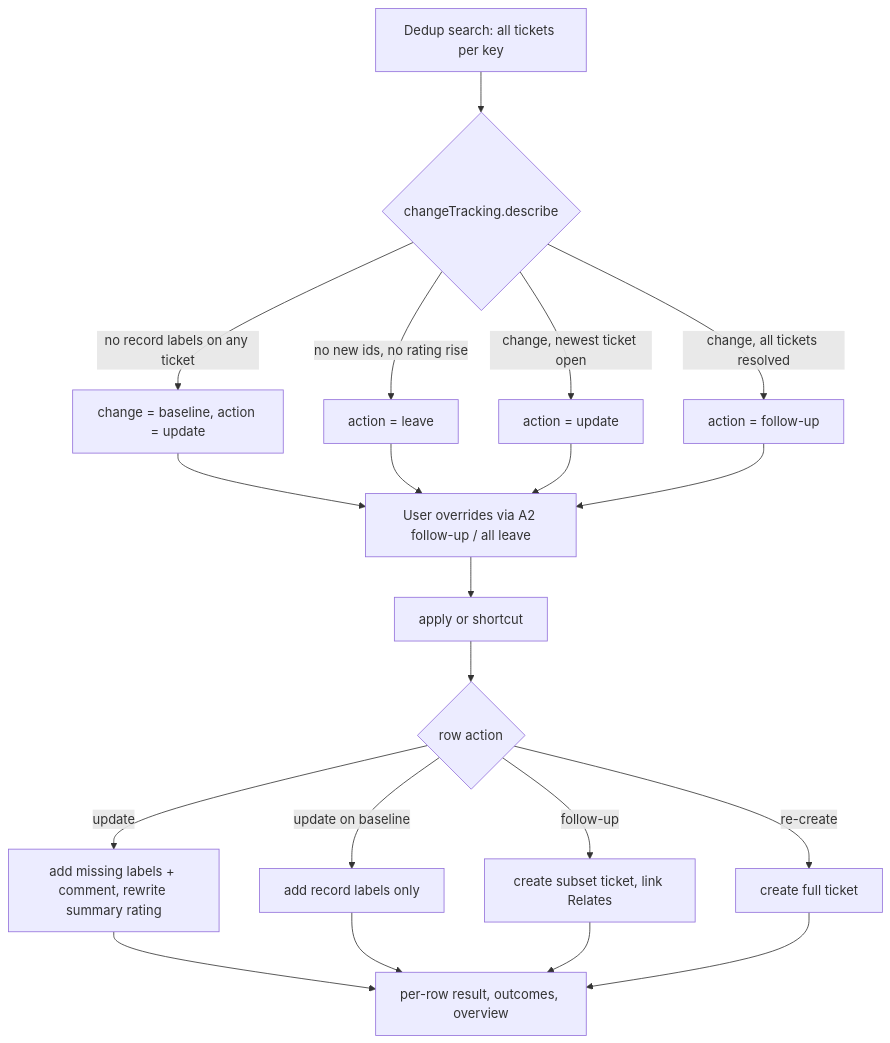
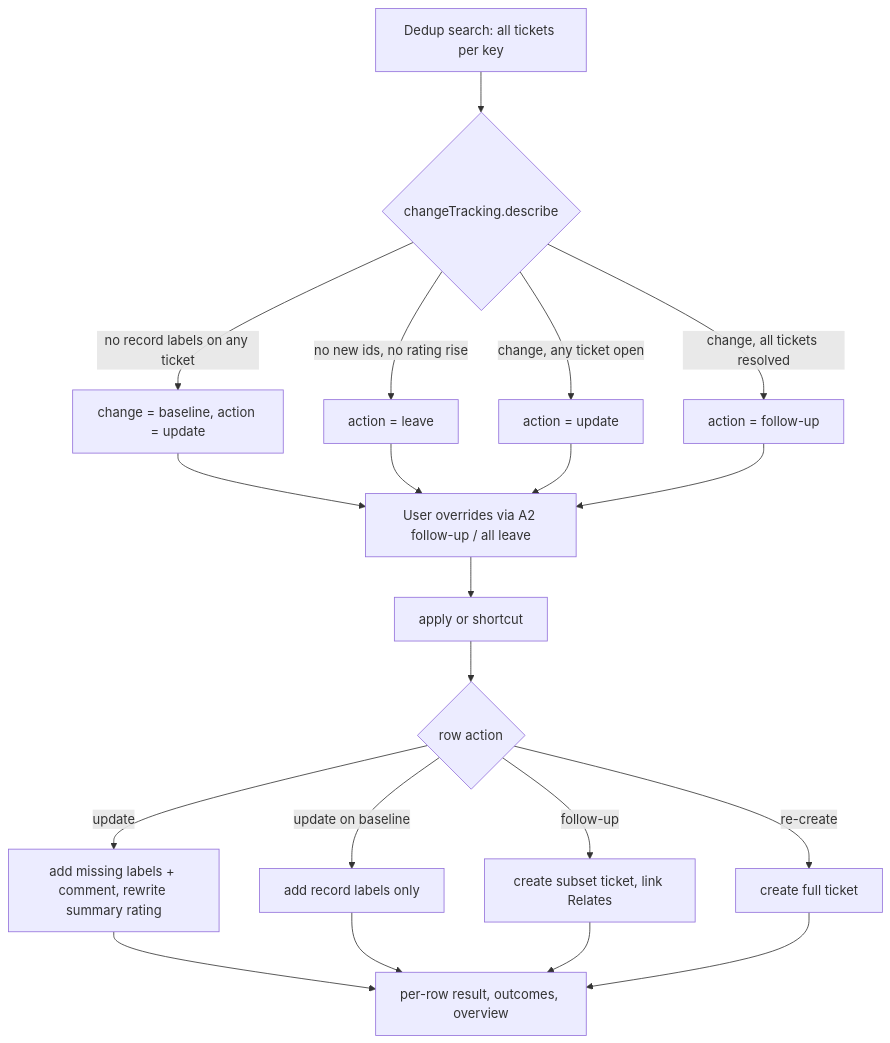
The diagram in docs/plans/2026-09-30-0902-feat-import-ticket-updates-parity-plan.md (rbreunung/ticket-sidekick), drawn with Mermaid before and after one commit. The commit also changed other lines of this file, not shown here.

First line of the commit message:
docs: apply document-review fixes to import ticket updates plan

````diff
--- a/docs/plans/2026-09-30-0902-feat-import-ticket-updates-parity-plan.md
+++ b/docs/plans/2026-09-30-0902-feat-import-ticket-updates-parity-plan.md
@@ -147,16 +147,16 @@
 ```mermaid
 flowchart TB
   S[Dedup search: all tickets per key] --> C{changeTracking.describe}
   C -->|no record labels on any ticket| B[change = baseline, action = update]
   C -->|no new ids, no rating rise| L[action = leave]
-  C -->|change, newest ticket open| U[action = update]
+  C -->|change, any ticket open| U[action = update]
   C -->|change, all tickets resolved| F[action = follow-up]
   B & L & U & F --> O[User overrides via A2 follow-up / all leave]
   O --> A[apply or shortcut]
   A --> X{row action}
   X -->|update| XU[add missing labels + comment, rewrite summary rating]
   X -->|update on baseline| XB[add record labels only]
   X -->|follow-up| XF[create subset ticket, link Relates]
   X -->|re-create| XR[create full ticket]
   XU & XB & XF & XR --> R[per-row result, outcomes, overview]
 ```
````
